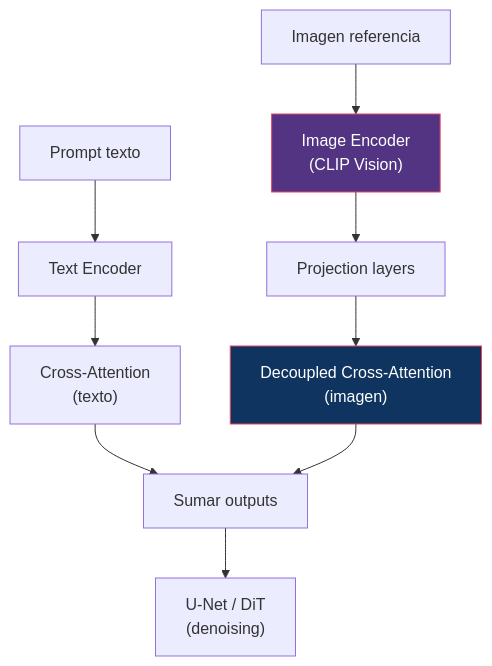
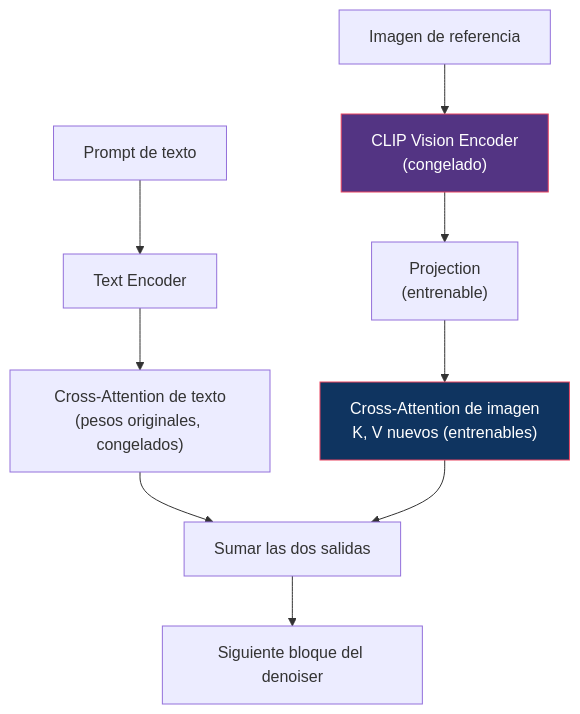
The fourth of 6 diagrams in 11-conditioning/README.md (DavidDevGt/DifusionReal), drawn with Mermaid before and after one commit. The commit also changed other lines of this file, not shown here.

````diff
--- a/11-conditioning/README.md
+++ b/11-conditioning/README.md
@@ -183,17 +282,17 @@
 ```mermaid
 graph TB
-    TEXT["Prompt texto"] --> TEXT_ENC["Text Encoder"]
-    REF_IMG["Imagen referencia"] --> IMG_ENC["Image Encoder<br/>(CLIP Vision)"]
+    TEXT["Prompt de texto"] --> TEXT_ENC["Text Encoder"]
+    REF_IMG["Imagen de referencia"] --> IMG_ENC["CLIP Vision Encoder<br/>(congelado)"]
 
-    TEXT_ENC --> CROSS["Cross-Attention<br/>(texto)"]
-    IMG_ENC --> PROJ["Projection layers"]
-    PROJ --> DECOUPLED["Decoupled Cross-Attention<br/>(imagen)"]
+    TEXT_ENC --> CROSS["Cross-Attention de texto<br/>(pesos originales, congelados)"]
+    IMG_ENC --> PROJ["Projection<br/>(entrenable)"]
+    PROJ --> DECOUPLED["Cross-Attention de imagen<br/>K, V nuevos (entrenables)"]
 
-    CROSS --> ADD["Sumar outputs"]
+    CROSS --> ADD["Sumar las dos salidas"]
     DECOUPLED --> ADD
 
-    ADD --> UNET["U-Net / DiT<br/>(denoising)"]
+    ADD --> UNET["Siguiente bloque del denoiser"]
 
     style IMG_ENC fill:#533483,stroke:#e94560,color:#fff
     style DECOUPLED fill:#0f3460,stroke:#e94560,color:#fff
 ```
````
